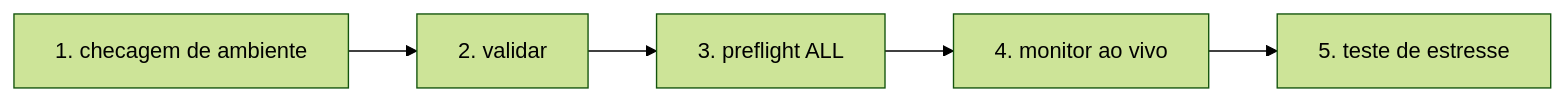
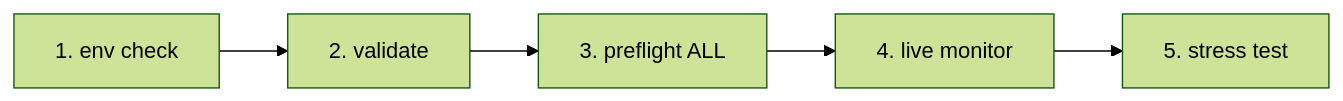
Before and after one commit to IrsanAI/TPM-Agent: the diagram in docs/i18n/README.pt-BR.md, drawn with Mermaid (forest theme). The commit also changed other lines of this file and 31 other files, not shown here.

````diff
--- a/docs/i18n/README.pt-BR.md
+++ b/docs/i18n/README.pt-BR.md
@@ -31,7 +36,7 @@
 ```mermaid
 flowchart LR
-  A[1. checagem de ambiente] --> B[2. validar]
+  A[1. env check] --> B[2. validate]
   B --> C[3. preflight ALL]
-  C --> D[4. monitor ao vivo]
-  D --> E[5. teste de estresse]
+  C --> D[4. live monitor]
+  D --> E[5. stress test]
 ```
````
